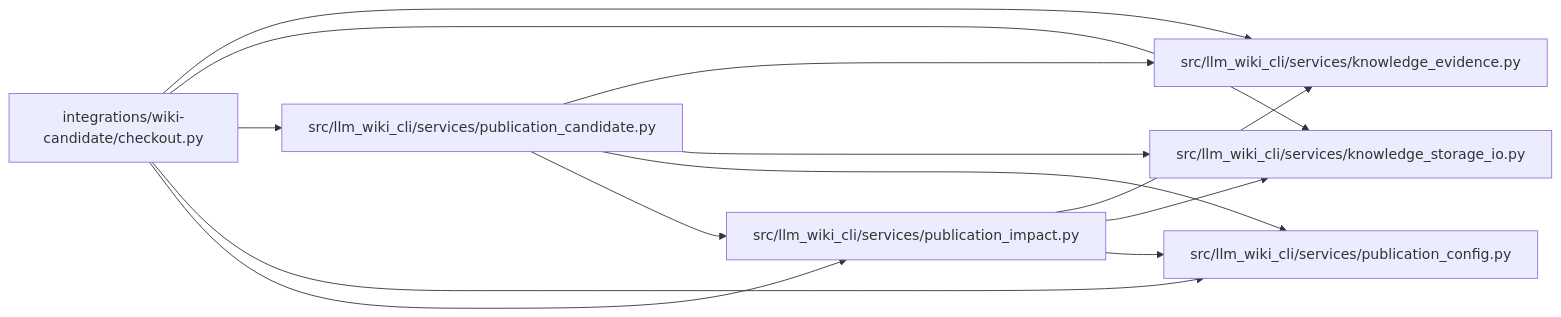
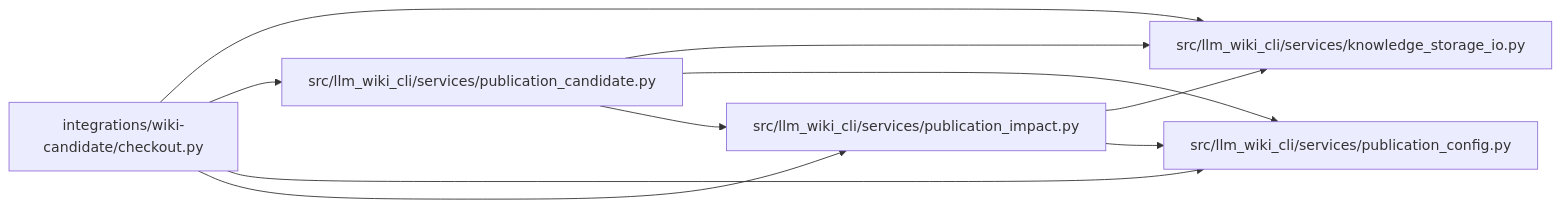
The diagram in docs/llm_wiki/modules/checkout.md (Denissvgn/python-wiki-llm), drawn with Mermaid before and after one commit. The commit also changed other lines of this file and 1103 other files, not shown here.

First line of the commit message:
docs: refresh the wiki for the llm-wiki-engine distribution

````diff
--- a/docs/llm_wiki/modules/checkout.md
+++ b/docs/llm_wiki/modules/checkout.md
@@ -29,27 +29,22 @@
 ```mermaid
 flowchart LR
     n0["integrations/wiki-candidate/checkout.py"]
-    n1["src/llm_wiki_cli/services/knowledge_evidence.py"]
-    n2["src/llm_wiki_cli/services/knowledge_storage_io.py"]
-    n3["src/llm_wiki_cli/services/publication_candidate.py"]
-    n4["src/llm_wiki_cli/services/publication_config.py"]
-    n5["src/llm_wiki_cli/services/publication_impact.py"]
+    n1["src/llm_wiki_cli/services/knowledge_storage_io.py"]
+    n2["src/llm_wiki_cli/services/publication_candidate.py"]
+    n3["src/llm_wiki_cli/services/publication_config.py"]
+    n4["src/llm_wiki_cli/services/publication_impact.py"]
     n0 --> n1
     n0 --> n2
     n0 --> n3
     n0 --> n4
-    n0 --> n5
-    n3 --> n1
-    n3 --> n2
-    n3 --> n4
-    n3 --> n5
-    n5 --> n1
-    n5 --> n2
-    n5 --> n4
+    n2 --> n1
+    n2 --> n3
+    n2 --> n4
+    n4 --> n1
+    n4 --> n3
     click n0 "../modules/checkout.md"
-    click n1 "../modules/knowledge_evidence.md"
-    click n2 "../modules/knowledge_storage_io.md"
-    click n3 "../modules/publication_candidate.md"
-    click n4 "../modules/publication_config.md"
-    click n5 "../modules/publication_impact.md"
+    click n1 "../modules/knowledge_storage_io.md"
+    click n2 "../modules/publication_candidate.md"
+    click n3 "../modules/publication_config.md"
+    click n4 "../modules/publication_impact.md"
 ```
````
